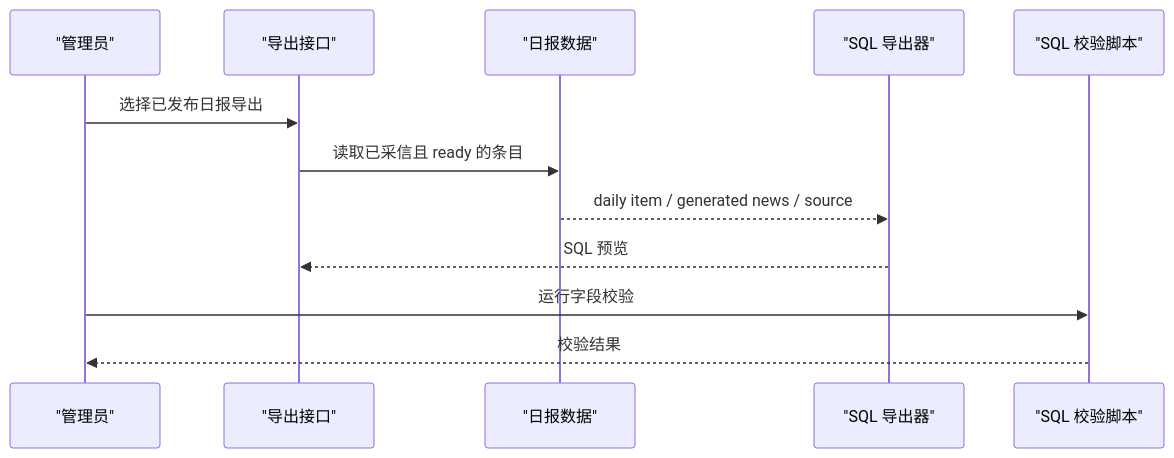
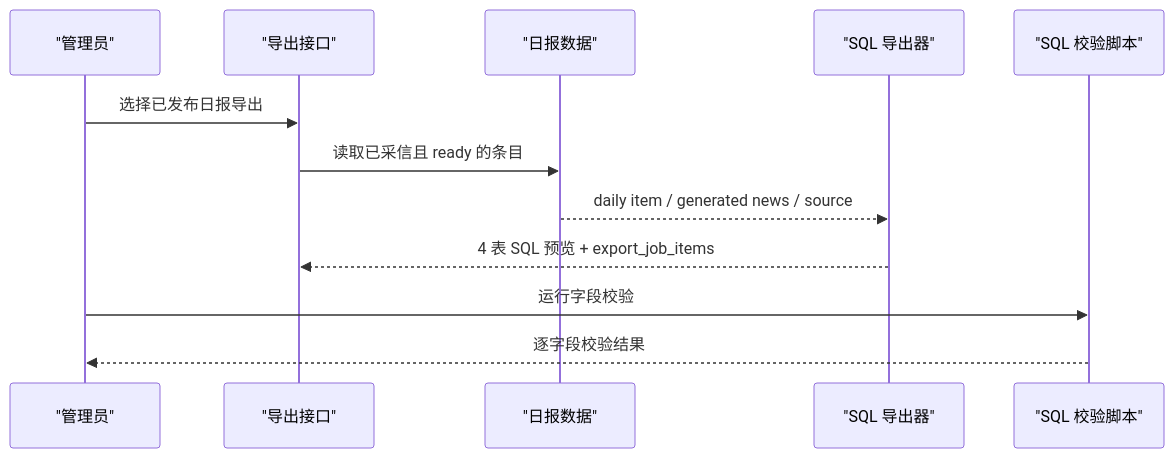
The fifth of 5 diagrams in docs/software-design-description.md (fefish/InfoWatchtower), drawn with Mermaid before and after one commit. The commit also changed other lines of this file and 120 other files, not shown here.

````diff
--- a/docs/software-design-description.md
+++ b/docs/software-design-description.md
@@ -219,14 +367,14 @@
 ```mermaid
 sequenceDiagram
   participant Admin as "管理员"
   participant API as "导出接口"
   participant Report as "日报数据"
   participant Exporter as "SQL 导出器"
   participant Validator as "SQL 校验脚本"
   Admin->>API: 选择已发布日报导出
   API->>Report: 读取已采信且 ready 的条目
   Report-->>Exporter: daily item / generated news / source
-  Exporter-->>API: SQL 预览
+  Exporter-->>API: 4 表 SQL 预览 + export_job_items
   Admin->>Validator: 运行字段校验
-  Validator-->>Admin: 校验结果
+  Validator-->>Admin: 逐字段校验结果
 ```
````
